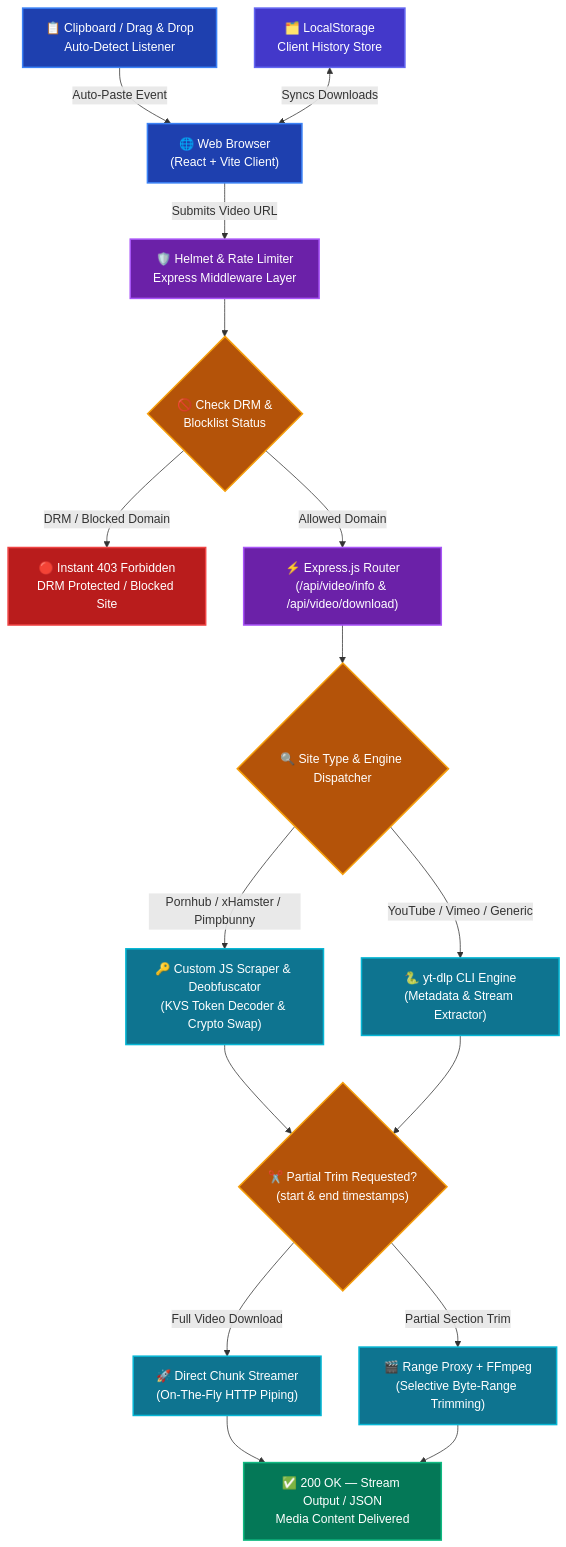
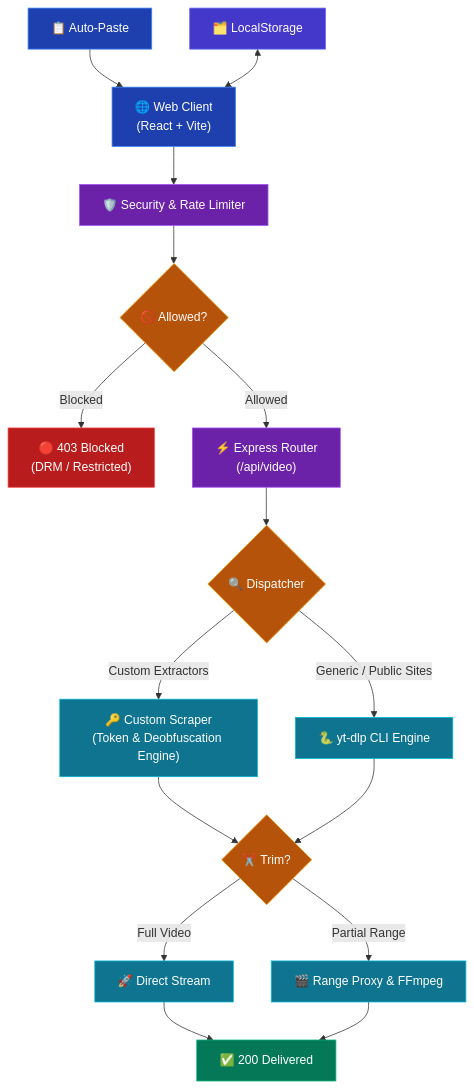
The diagram in README.md (8ernity/VideoFetch), drawn with Mermaid before and after one commit.

Commit message:
Updated project

````diff
--- a/README.md
+++ b/README.md
@@ -42,58 +42,54 @@
 ```mermaid
 flowchart TD
-    %% Custom Color Palette Styles
-    classDef client fill:#1e40af,stroke:#3b82f6,stroke-width:2px,color:#ffffff;
-    classDef middleware fill:#6b21a8,stroke:#a855f7,stroke-width:2px,color:#ffffff;
-    classDef decision fill:#b45309,stroke:#f59e0b,stroke-width:2px,color:#ffffff;
-    classDef engine fill:#0e7490,stroke:#06b6d4,stroke-width:2px,color:#ffffff;
-    classDef success fill:#047857,stroke:#10b981,stroke-width:2px,color:#ffffff;
-    classDef danger fill:#b91c1c,stroke:#ef4444,stroke-width:2px,color:#ffffff;
-    classDef storage fill:#4338ca,stroke:#6366f1,stroke-width:2px,color:#ffffff;
+    %% Color Styling
+    classDef client fill:#1e40af,stroke:#3b82f6,color:#fff;
+    classDef middleware fill:#6b21a8,stroke:#a855f7,color:#fff;
+    classDef decision fill:#b45309,stroke:#f59e0b,color:#fff;
+    classDef engine fill:#0e7490,stroke:#06b6d4,color:#fff;
+    classDef success fill:#047857,stroke:#10b981,color:#fff;
+    classDef danger fill:#b91c1c,stroke:#ef4444,color:#fff;
+    classDef storage fill:#4338ca,stroke:#6366f1,color:#fff;
 
-    USER["🌐 Web Browser<br/>(React + Vite Client)"]:::client
-    CLIP["📋 Clipboard / Drag & Drop<br/>Auto-Detect Listener"]:::client
-    HIST["🗂️ LocalStorage<br/>Client History Store"]:::storage
+    USER["🌐 Web Client<br/>(React + Vite)"]:::client
+    CLIP["📋 Auto-Paste"]:::client
+    HIST["🗂️ LocalStorage"]:::storage
 
-    MIDDLEWARE["🛡️ Helmet & Rate Limiter<br/>Express Middleware Layer"]:::middleware
+    MIDDLEWARE["🛡️ Security & Rate Limiter"]:::middleware
+    CHECK{"🚫 Allowed?"}:::decision
+    REJECT["🔴 403 Blocked<br/>(DRM / Restricted)"]:::danger
+    ROUTER["⚡ Express Router<br/>(/api/video)"]:::middleware
 
-    CHECK_DRM{"🚫 Check DRM &<br/>Blocklist Status"}:::decision
-    REJECT_DRM["🔴 Instant 403 Forbidden<br/>DRM Protected / Blocked Site"]:::danger
+    DISPATCH{"🔍 Dispatcher"}:::decision
 
-    ROUTER["⚡ Express.js Router<br/>(/api/video/info & /api/video/download)"]:::middleware
+    CUSTOM["🔑 Custom Scraper<br/>(Token & Deobfuscation Engine)"]:::engine
+    YTDLP["🐍 yt-dlp CLI Engine"]:::engine
 
-    SELECT_ENGINE{"🔍 Site Type & Engine Dispatcher"}:::decision
+    TRIM{"✂️ Trim?"}:::decision
 
-    CUSTOM_EXTRACTOR["🔑 Custom JS Scraper & Deobfuscator<br/>(KVS Token Decoder & Crypto Swap)"]:::engine
-    YTDLP_ENGINE["🐍 yt-dlp CLI Engine<br/>(Metadata & Stream Extractor)"]:::engine
+    STREAM["🚀 Direct Stream"]:::engine
+    PROXY["🎬 Range Proxy & FFmpeg"]:::engine
 
-    TRIM_CHECK{"✂️ Partial Trim Requested?<br/>(start & end timestamps)"}:::decision
+    OK["✅ 200 Delivered"]:::success
 
-    DIRECT_STREAM["🚀 Direct Chunk Streamer<br/>(On-The-Fly HTTP Piping)"]:::engine
-    PROXY_FFMPEG["🎬 Range Proxy + FFmpeg<br/>(Selective Byte-Range Trimming)"]:::engine
+    %% Connections
+    USER --> MIDDLEWARE
+    CLIP --> USER
+    HIST <--> USER
 
-    SUCCESS_RES["✅ 200 OK — Stream Output / JSON<br/>Media Content Delivered"]:::success
+    MIDDLEWARE --> CHECK
+    CHECK -->|Blocked| REJECT
+    CHECK -->|Allowed| ROUTER
 
-    %% Flow Connections
-    USER -->|Submits Video URL| MIDDLEWARE
-    CLIP -->|Auto-Paste Event| USER
-    HIST <-->|Syncs Downloads| USER
+    ROUTER --> DISPATCH
+    DISPATCH -->|Custom Extractors| CUSTOM
+    DISPATCH -->|Generic / Public Sites| YTDLP
 
-    MIDDLEWARE --> CHECK_DRM
+    CUSTOM --> TRIM
+    YTDLP --> TRIM
 
-    CHECK_DRM -->|DRM / Blocked Domain| REJECT_DRM
-    CHECK_DRM -->|Allowed Domain| ROUTER
+    TRIM -->|Full Video| STREAM
+    TRIM -->|Partial Range| PROXY
 
-    ROUTER --> SELECT_ENGINE
-
-    SELECT_ENGINE -->|Pornhub / xHamster / Pimpbunny| CUSTOM_EXTRACTOR
-    SELECT_ENGINE -->|YouTube / Vimeo / Generic| YTDLP_ENGINE
-
-    CUSTOM_EXTRACTOR --> TRIM_CHECK
-    YTDLP_ENGINE --> TRIM_CHECK
-
-    TRIM_CHECK -->|Full Video Download| DIRECT_STREAM
-    TRIM_CHECK -->|Partial Section Trim| PROXY_FFMPEG
-
-    DIRECT_STREAM --> SUCCESS_RES
-    PROXY_FFMPEG --> SUCCESS_RES
+    STREAM --> OK
+    PROXY --> OK
 ```
````
